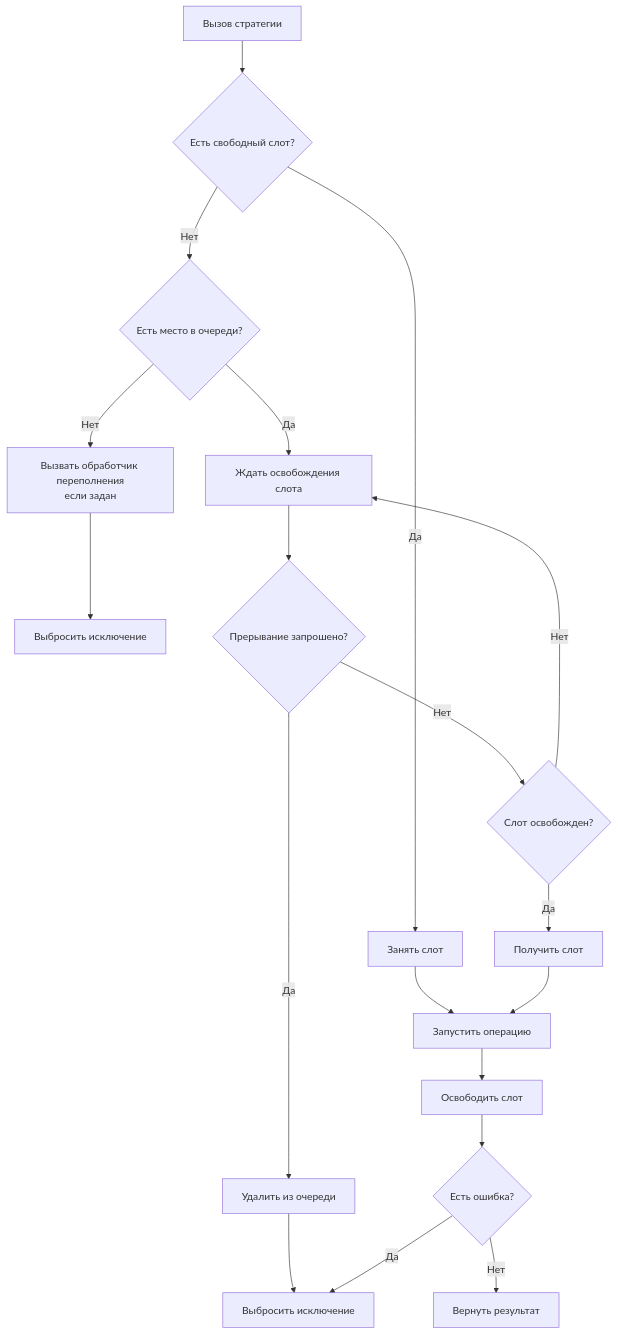
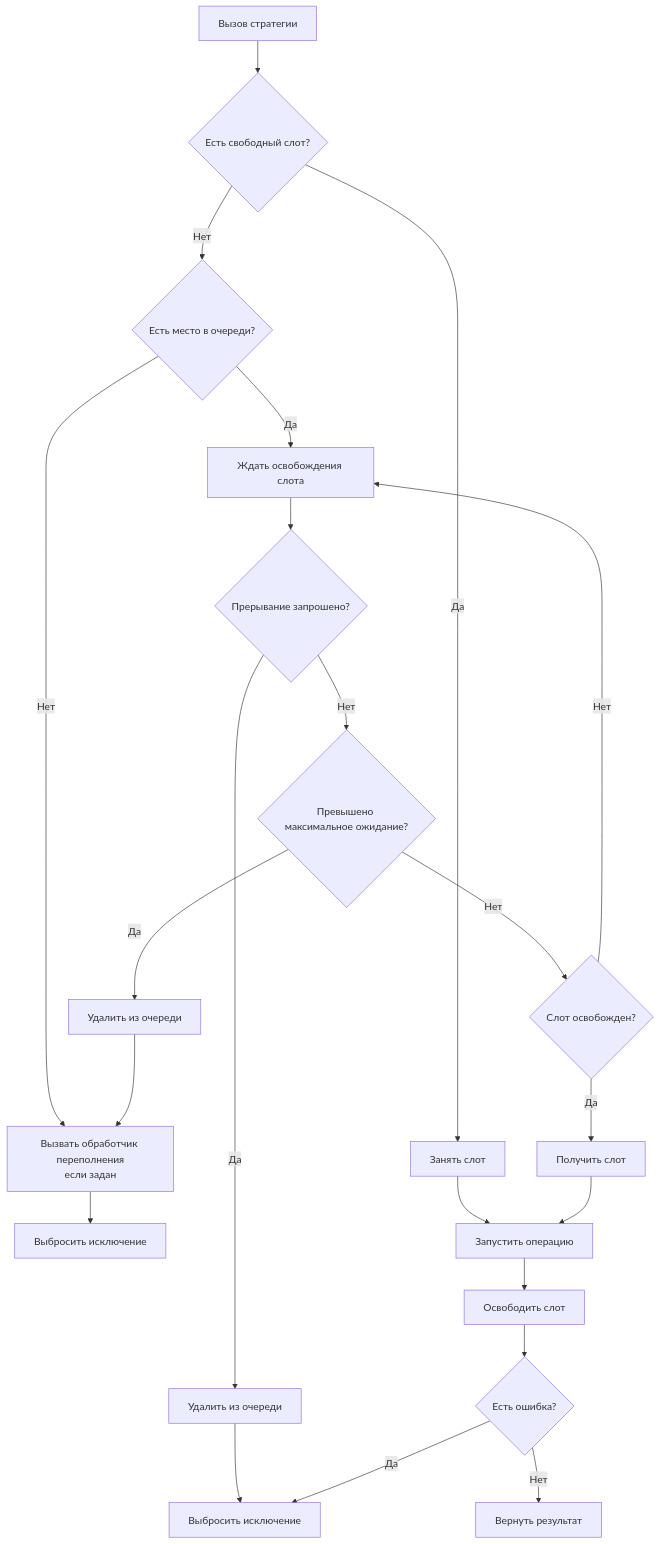
One commit to Stivo182/oscript-resilience changed the diagram in docs/СтратегияОграниченияПараллелизма.md. Above: the diagram before and after it, drawn with Mermaid. The commit also changed other lines of this file and 2 other files, not shown here.

Commit message:
feat: ограничить ожидание слота параллелизма (#9)

````diff
--- a/docs/СтратегияОграниченияПараллелизма.md
+++ b/docs/СтратегияОграниченияПараллелизма.md
@@ -59,21 +63,24 @@
 ```mermaid
 flowchart TD
     A[Вызов стратегии] --> B{Есть свободный слот?}
     B -- Да --> C[Занять слот]
     B -- Нет --> D{Есть место в очереди?}
     D -- Нет --> E[Вызвать обработчик переполнения<br/>если задан]
     E --> F[Выбросить исключение]
     D -- Да --> G[Ждать освобождения слота]
     G --> H{Прерывание запрошено?}
     H -- Да --> I[Удалить из очереди]
     I --> J[Выбросить исключение]
-    H -- Нет --> K{Слот освобожден?}
+    H -- Нет --> Q{Превышено максимальное ожидание?}
+    Q -- Да --> R[Удалить из очереди]
+    R --> E
+    Q -- Нет --> K{Слот освобожден?}
     K -- Нет --> G
     K -- Да --> L[Получить слот]
     C --> M[Запустить операцию]
     L --> M[Запустить операцию]
     M --> N[Освободить слот]
     N --> O{Есть ошибка?}
     O -- Да --> J
     O -- Нет --> P[Вернуть результат]
 ```
````
